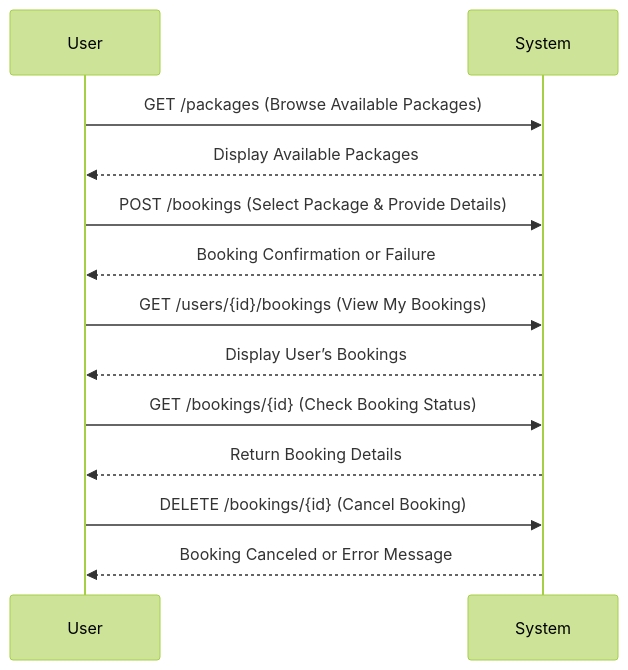
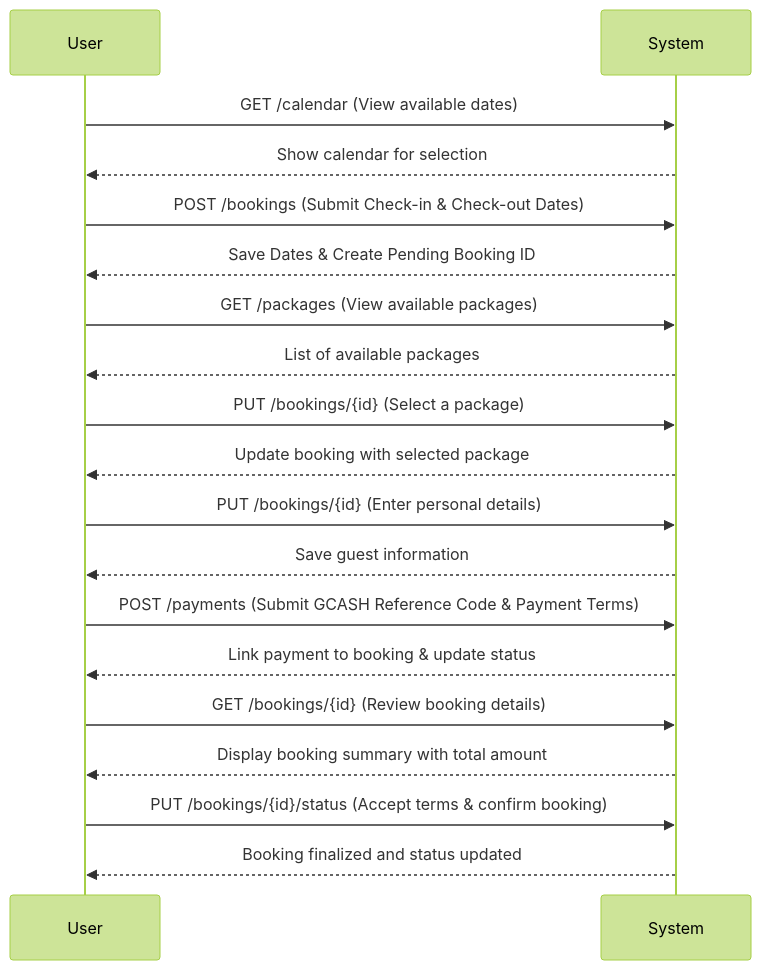
One commit to jizuuu/api-endpoint changed diagram 11 of 15 in README.md. Above: the diagram before and after it, drawn with Mermaid (forest theme). The commit also changed other lines of this file, not shown here.

````diff
--- a/README.md
+++ b/README.md
@@ -108,20 +108,34 @@
 ```mermaid
 sequenceDiagram
     participant User
     participant System
 
-    User->>System: GET /packages (Browse Available Packages)
-    System-->>User: Display Available Packages
+    %% Step 1: Check-in & Check-out Date Selection
+    User->>System: GET /calendar (View available dates)
+    System-->>User: Show calendar for selection
 
-    User->>System: POST /bookings (Select Package & Provide Details)
-    System-->>User: Booking Confirmation or Failure
+    User->>System: POST /bookings (Submit Check-in & Check-out Dates)
+    System-->>User: Save Dates & Create Pending Booking ID
 
-    User->>System: GET /users/{id}/bookings (View My Bookings)
-    System-->>User: Display User’s Bookings
+    %% Step 2: Select Package & Rate
+    User->>System: GET /packages (View available packages)
+    System-->>User: List of available packages
 
-    User->>System: GET /bookings/{id} (Check Booking Status)
-    System-->>User: Return Booking Details
+    User->>System: PUT /bookings/{id} (Select a package)
+    System-->>User: Update booking with selected package
 
-    User->>System: DELETE /bookings/{id} (Cancel Booking)
-    System-->>User: Booking Canceled or Error Message
+    %% Step 3: Guest Information
+    User->>System: PUT /bookings/{id} (Enter personal details)
+    System-->>User: Save guest information
+
+    %% Step 4: Payment Processing
+    User->>System: POST /payments (Submit GCASH Reference Code & Payment Terms)
+    System-->>User: Link payment to booking & update status
+
+    %% Step 5: Booking Confirmation
+    User->>System: GET /bookings/{id} (Review booking details)
+    System-->>User: Display booking summary with total amount
+
+    User->>System: PUT /bookings/{id}/status (Accept terms & confirm booking)
+    System-->>User: Booking finalized and status updated
 ```
````
